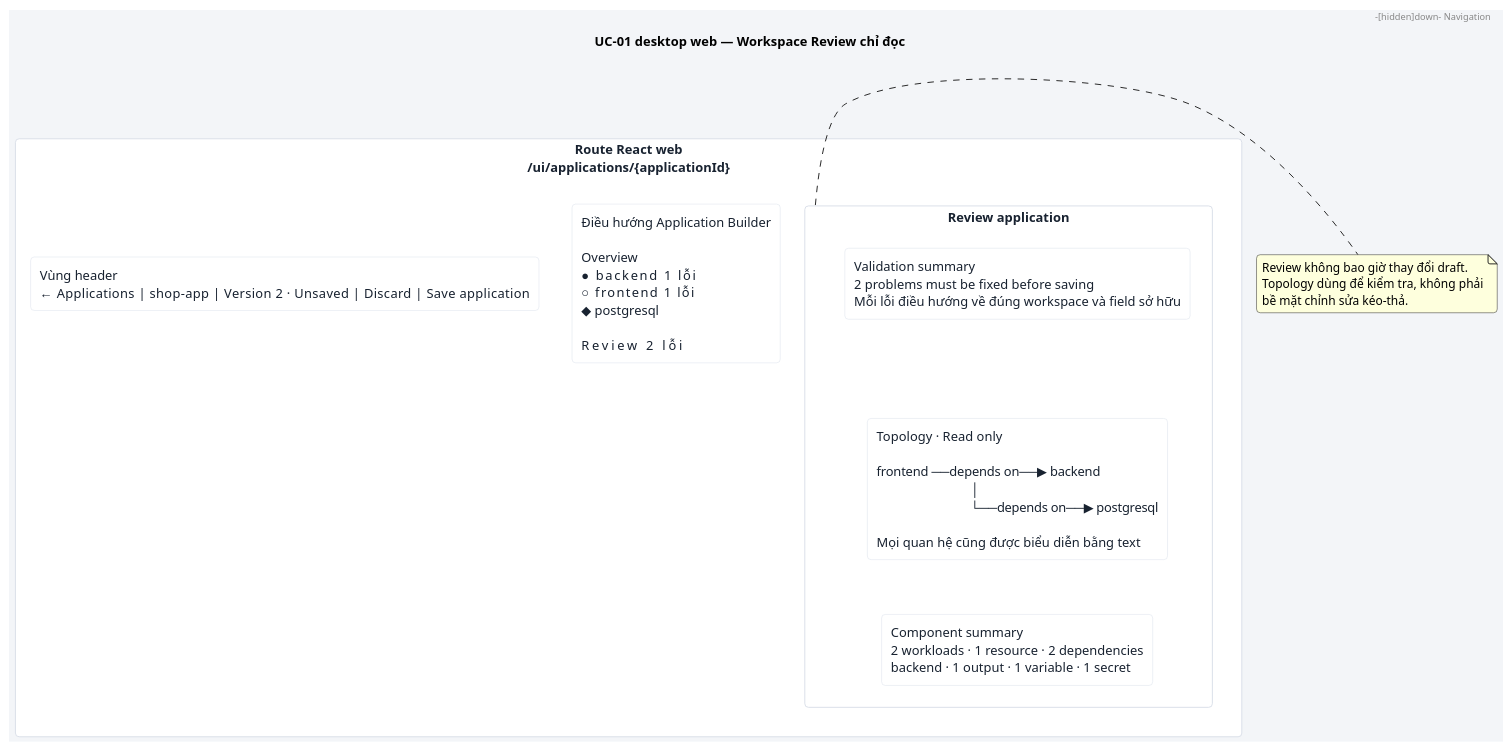
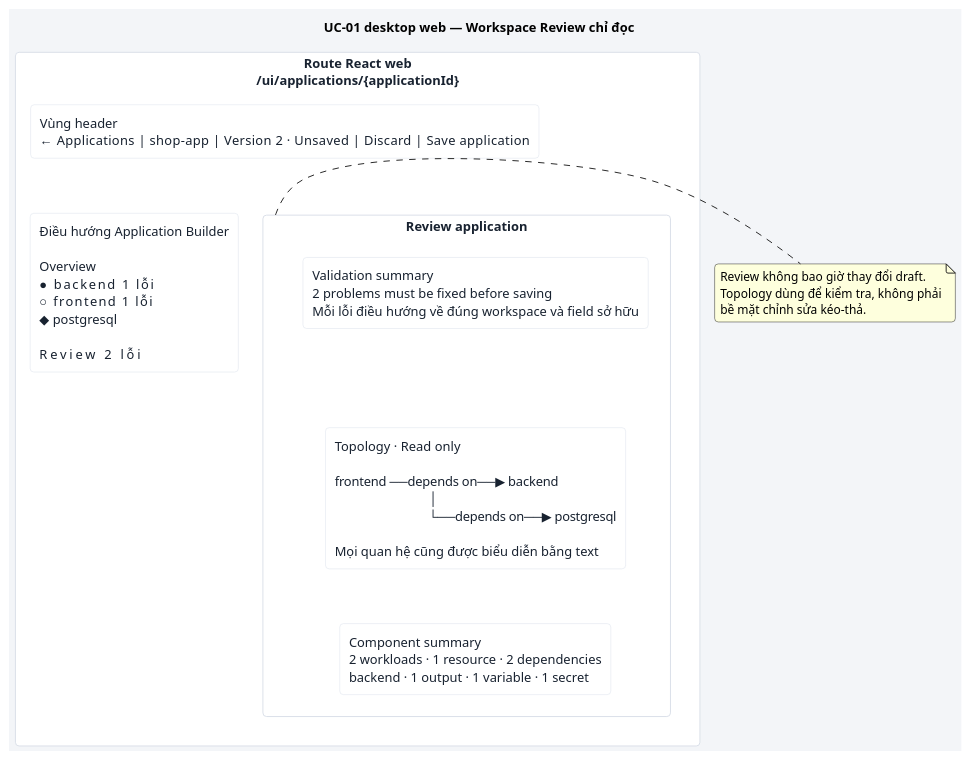
Before and after one commit to pr3s3nt/final_idp: the diagram in docs/use-cases/UC-01/ui/review.puml, drawn with PlantUML. The commit also changed 34 other files, not shown here.

First line of the commit message:
docs: commit rendered diagrams next to their PlantUML source

```diff
--- a/docs/use-cases/UC-01/ui/review.puml
+++ b/docs/use-cases/UC-01/ui/review.puml
@@ -1,37 +1,37 @@
 @startuml
 title UC-01 desktop web — Workspace Review chỉ đọc
 
 skinparam backgroundColor #F3F5F8
 skinparam shadowing false
 skinparam roundcorner 8
 skinparam rectangle {
   BackgroundColor #FFFFFF
   BorderColor #D8DEE8
   FontColor #182230
 }
 
 rectangle "Route React web\n/ui/applications/{applicationId}" as Browser {
-  rectangle "Vùng header\n← Applications  |  shop-app  |  Version 2 · Unsaved  |  Discard  |  Save application" as Header
+  rectangle "Vùng header\n← Applications  |  shop-app  |  Version 2 · Unsaved  |  Discard  |  Save application" as HeaderBar
 
   rectangle "Điều hướng Application Builder\n\nOverview\n● backend       1 lỗi\n○ frontend      1 lỗi\n◆ postgresql\n\nReview          2 lỗi" as Navigation
 
   rectangle "Review application" as Review {
     rectangle "Validation summary\n2 problems must be fixed before saving\nMỗi lỗi điều hướng về đúng workspace và field sở hữu" as Validation
     rectangle "Topology · Read only\n\nfrontend ──depends on──▶ backend\n                            │\n                            └──depends on──▶ postgresql\n\nMọi quan hệ cũng được biểu diễn bằng text" as Topology
     rectangle "Component summary\n2 workloads · 1 resource · 2 dependencies\nbackend · 1 output · 1 variable · 1 secret" as Summary
 
     Validation -[hidden]down- Topology
     Topology -[hidden]down- Summary
   }
 
-  Header -[hidden]down- Navigation
+  HeaderBar -[hidden]down- Navigation
   Navigation -[hidden]right- Review
 }
 
 note right of Review
   Review không bao giờ thay đổi draft.
   Topology dùng để kiểm tra, không phải
   bề mặt chỉnh sửa kéo-thả.
 end note
 
 @enduml
```
